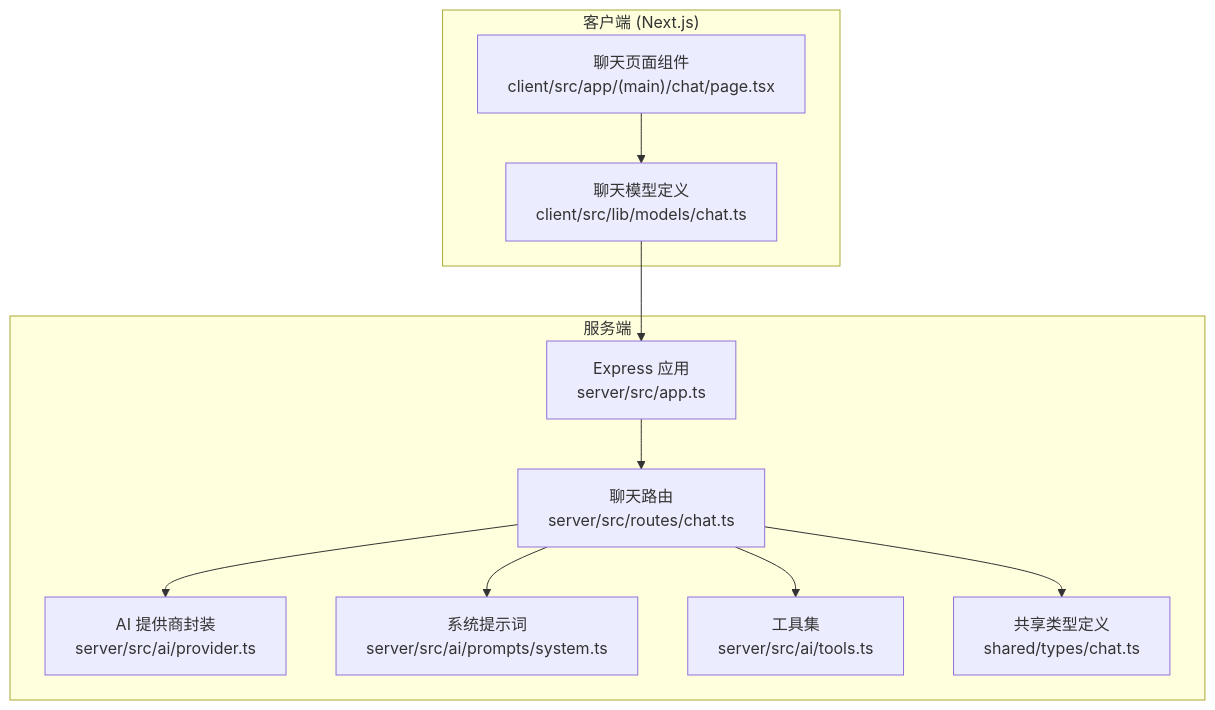
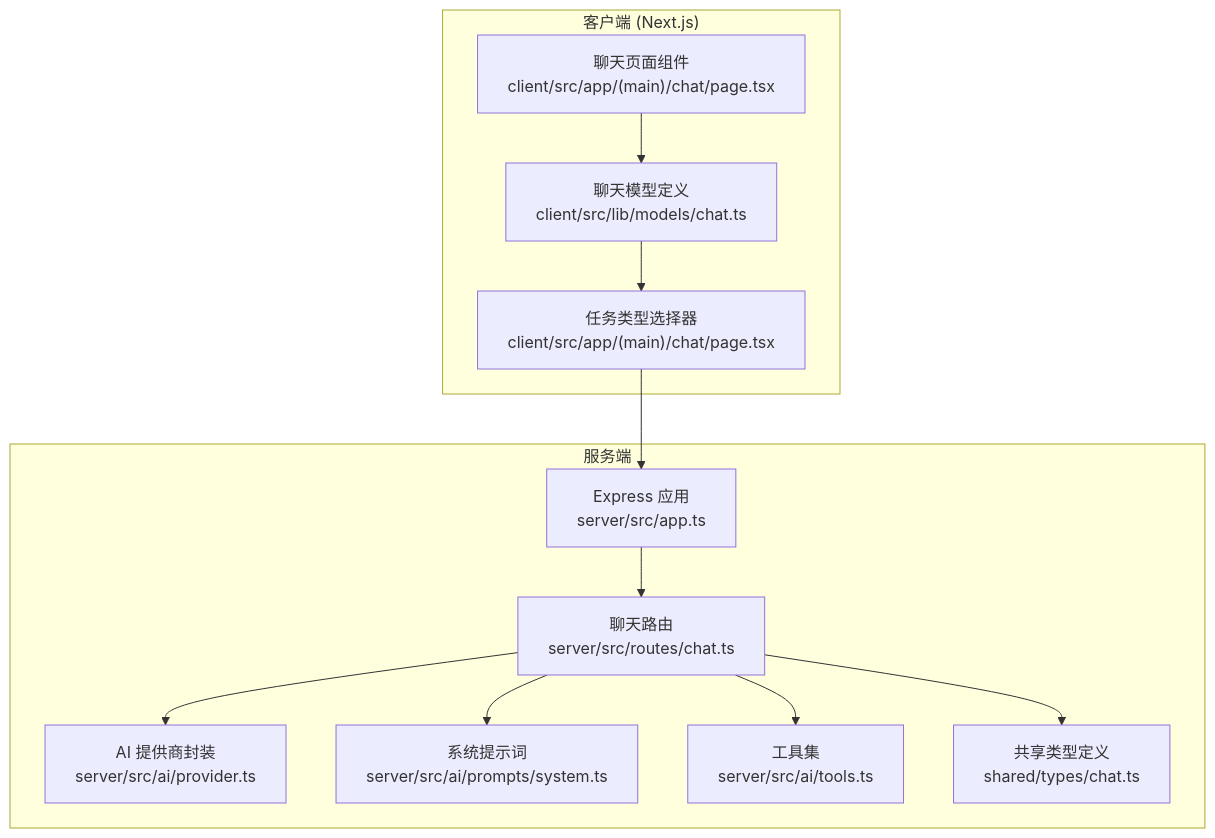
Before and after one commit to aHin0805/FH6CarSettingAgent: the first of 6 diagrams in .qoder/repowiki/zh/content/API参考文档/聊天接口.md, drawn with Mermaid. The commit also changed other lines of this file and 59 other files, not shown here.

````diff
--- a/.qoder/repowiki/zh/content/API参考文档/聊天接口.md
+++ b/.qoder/repowiki/zh/content/API参考文档/聊天接口.md
@@ -44,22 +44,24 @@
 ```mermaid
 graph TB
 subgraph "客户端 (Next.js)"
 A["聊天页面组件<br/>client/src/app/(main)/chat/page.tsx"]
 B["聊天模型定义<br/>client/src/lib/models/chat.ts"]
+C["任务类型选择器<br/>client/src/app/(main)/chat/page.tsx"]
 end
 subgraph "服务端"
-C["Express 应用<br/>server/src/app.ts"]
-D["聊天路由<br/>server/src/routes/chat.ts"]
-E["AI 提供商封装<br/>server/src/ai/provider.ts"]
-F["系统提示词<br/>server/src/ai/prompts/system.ts"]
-G["工具集<br/>server/src/ai/tools.ts"]
-H["共享类型定义<br/>shared/types/chat.ts"]
+D["Express 应用<br/>server/src/app.ts"]
+E["聊天路由<br/>server/src/routes/chat.ts"]
+F["AI 提供商封装<br/>server/src/ai/provider.ts"]
+G["系统提示词<br/>server/src/ai/prompts/system.ts"]
+H["工具集<br/>server/src/ai/tools.ts"]
+I["共享类型定义<br/>shared/types/chat.ts"]
 end
 A --> B
 B --> C
 C --> D
 D --> E
-D --> F
-D --> G
-D --> H
+E --> F
+E --> G
+E --> H
+E --> I
 ```
````
